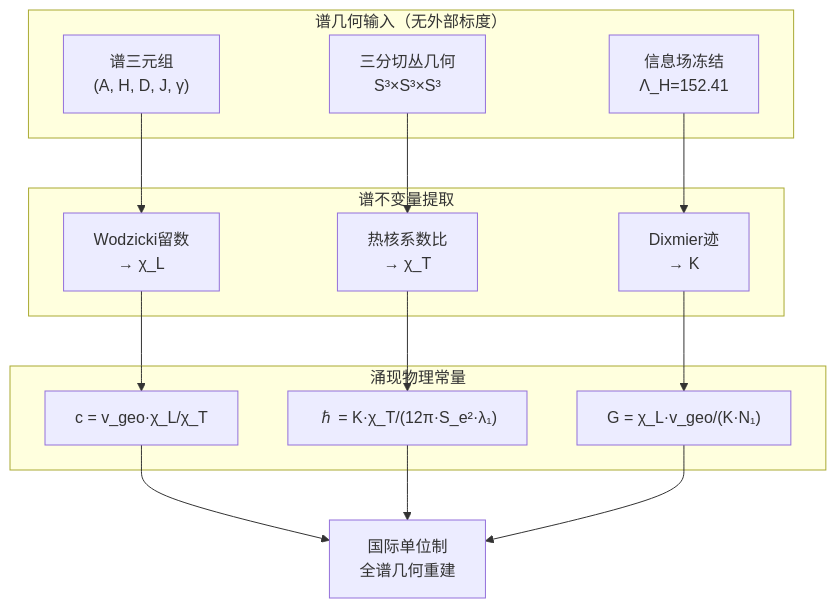
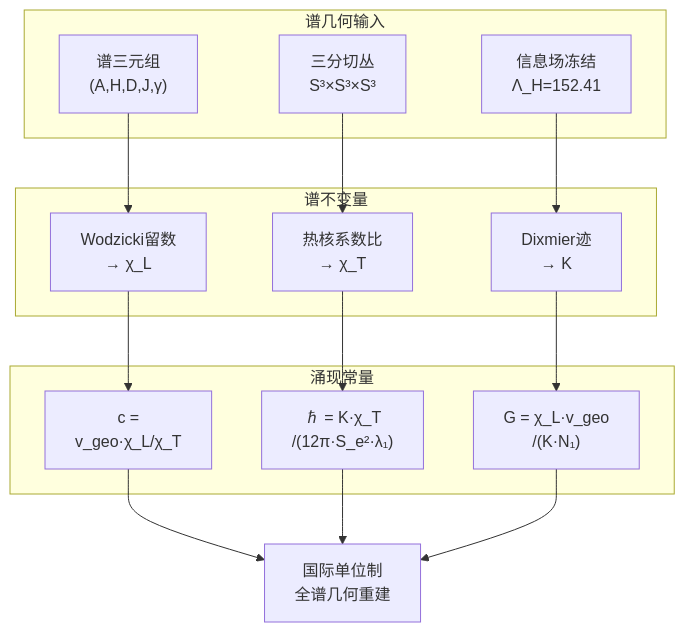
Before and after one commit to sdoygb/geometry-ai-server: the second of 2 diagrams in app/articles/GT-Vault/Vol-2_量纲桥/2.4_质量标度重建_CN_260713.1.md, drawn with Mermaid. The commit also changed other lines of this file, not shown here.

Commit message:
AI修改: GT-Vault/Vol-2_量纲桥/2.4_质量标度重建_CN_260713.1.md (369行)

````diff
--- a/app/articles/GT-Vault/Vol-2_量纲桥/2.4_质量标度重建_CN_260713.1.md
+++ b/app/articles/GT-Vault/Vol-2_量纲桥/2.4_质量标度重建_CN_260713.1.md
@@ -334,27 +334,27 @@
 ```mermaid
 flowchart TD
-    subgraph "谱几何输入（无外部标度）"
-        A1["谱三元组<br>(A, H, D, J, γ)"]
-        A2["三分切丛几何<br>S³×S³×S³"]
+    subgraph "谱几何输入"
+        A1["谱三元组<br>(A,H,D,J,γ)"]
+        A2["三分切丛<br>S³×S³×S³"]
         A3["信息场冻结<br>Λ_H=152.41"]
     end
-    subgraph "谱不变量提取"
+    subgraph "谱不变量"
         B1["Wodzicki留数<br>→ χ_L"]
         B2["热核系数比<br>→ χ_T"]
         B3["Dixmier迹<br>→ K"]
     end
-    subgraph "涌现物理常量"
-        C1["c = v_geo·χ_L/χ_T"]
-        C2["ℏ = K·χ_T/(12π·S_e²·λ₁)"]
-        C3["G = χ_L·v_geo/(K·N₁)"]
+    subgraph "涌现常量"
+        C1["c =<br>v_geo·χ_L/χ_T"]
+        C2["ℏ = K·χ_T<br>/(12π·S_e²·λ₁)"]
+        C3["G = χ_L·v_geo<br>/(K·N₁)"]
     end
     A1 --> B1
     A2 --> B2
     A3 --> B3
     B1 --> C1
     B2 --> C2
     B3 --> C3
     C1 --> D["国际单位制<br>全谱几何重建"]
     C2 --> D
     C3 --> D
 ```
````
